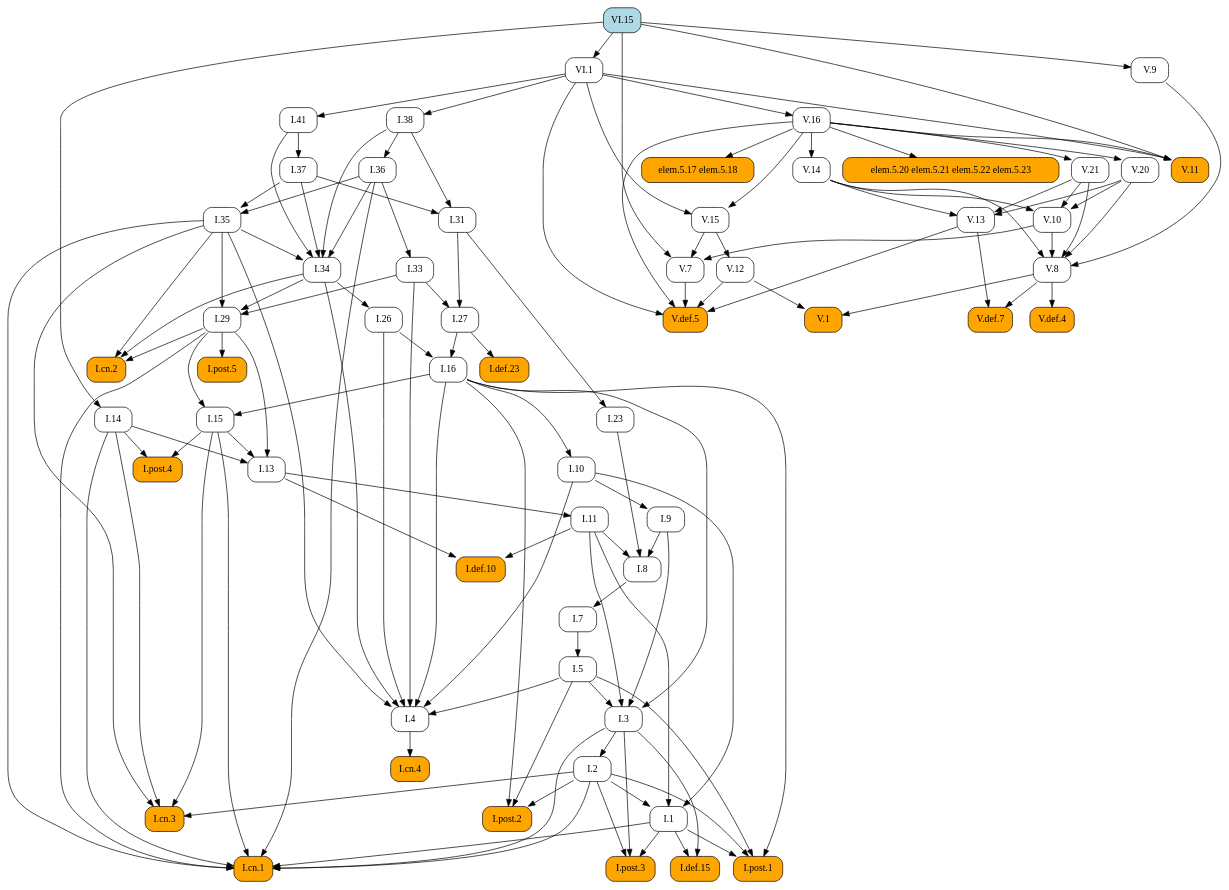
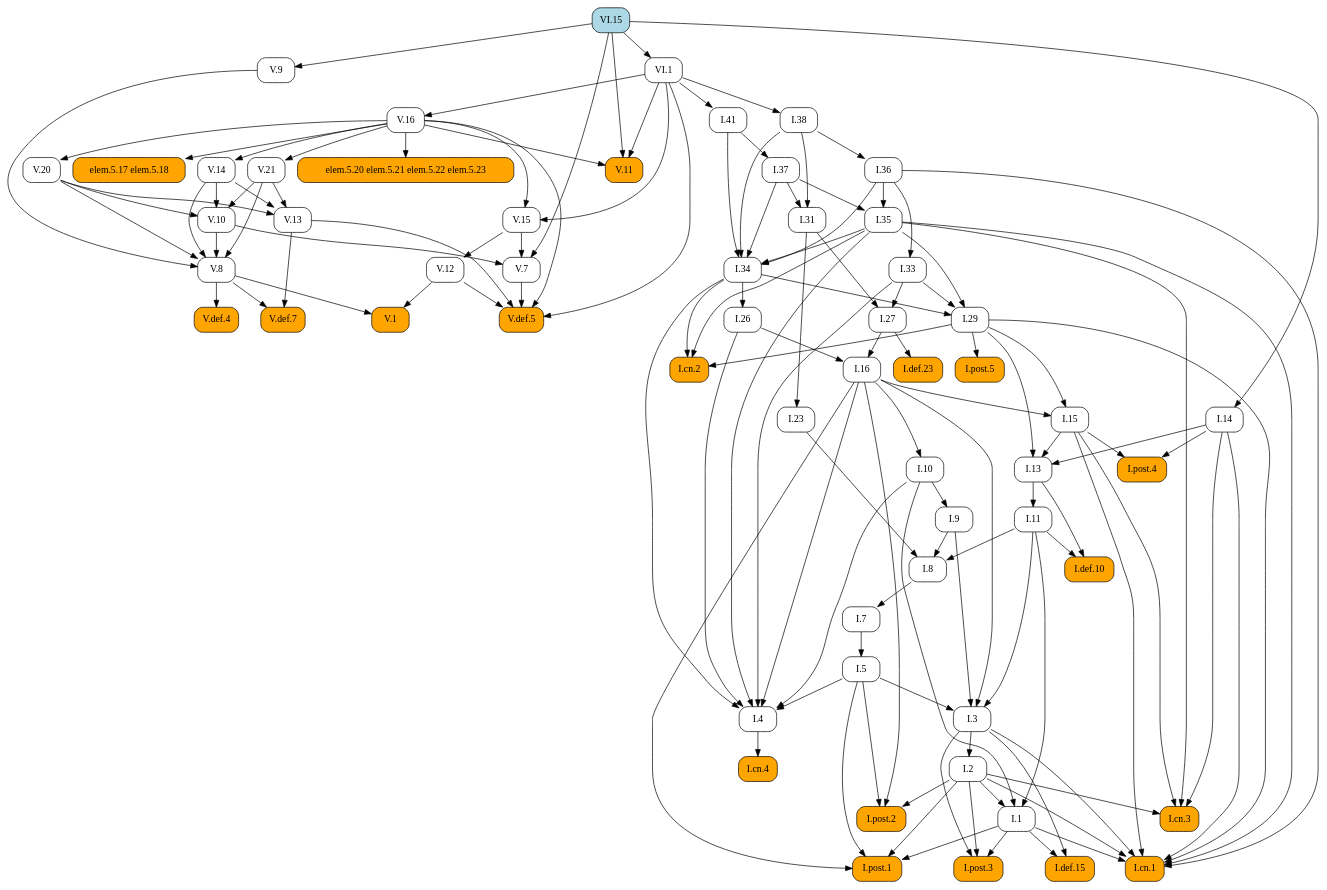
The diagram in docsrc/elements2/VI/15/index.rst (geometor/elements), drawn with Graphviz before and after one commit. The commit also changed other lines of this file and 409 other files, not shown here.

First line of the commit message:
feat: Add image cropping and graphic extraction script

```diff
--- a/docsrc/elements2/VI/15/index.rst
+++ b/docsrc/elements2/VI/15/index.rst
@@ -56,137 +56,91 @@
    digraph {
      rankdir="TB";
      node [shape=box, style=rounded];
+     "I.37" [URL="/elements2/I/37/", target="_top"];
+     "V.21" [URL="/elements2/V/21/", target="_top"];
+     "I.31" [URL="/elements2/I/31/", target="_top"];
+     "I.cn.2" [style="rounded,filled", fillcolor=orange, URL="/elements2/I/cn.2/", target="_top"];
+     "I.41" [URL="/elements2/I/41/", target="_top"];
+     "I.8" [URL="/elements2/I/8/", target="_top"];
+     "V.10" [URL="/elements2/V/10/", target="_top"];
+     "V.8" [URL="/elements2/V/8/", target="_top"];
+     "VI.1" [URL="/elements2/VI/1/", target="_top"];
+     "I.15" [URL="/elements2/I/15/", target="_top"];
+     "I.5" [URL="/elements2/I/5/", target="_top"];
+     "V.def.7" [style="rounded,filled", fillcolor=orange, URL="/elements2/V/def.7/", target="_top"];
+     "V.12" [URL="/elements2/V/12/", target="_top"];
+     "I.26" [URL="/elements2/I/26/", target="_top"];
+     "I.cn.1" [style="rounded,filled", fillcolor=orange, URL="/elements2/I/cn.1/", target="_top"];
+     "elem.5.20 elem.5.21 elem.5.22 elem.5.23" [style="rounded,filled", fillcolor=orange];
+     "I.7" [URL="/elements2/I/7/", target="_top"];
+     "V.def.5" [style="rounded,filled", fillcolor=orange, URL="/elements2/V/def.5/", target="_top"];
+     "I.23" [URL="/elements2/I/23/", target="_top"];
+     "VI.15" [style="rounded,filled", fillcolor=lightblue, URL="/elements2/VI/15/", target="_top"];
+     "I.16" [URL="/elements2/I/16/", target="_top"];
+     "V.9" [URL="/elements2/V/9/", target="_top"];
+     "I.34" [URL="/elements2/I/34/", target="_top"];
+     "I.35" [URL="/elements2/I/35/", target="_top"];
+     "I.33" [URL="/elements2/I/33/", target="_top"];
+     "V.15" [URL="/elements2/V/15/", target="_top"];
+     "V.14" [URL="/elements2/V/14/", target="_top"];
+     "elem.5.17 elem.5.18" [style="rounded,filled", fillcolor=orange];
+     "I.def.15" [style="rounded,filled", fillcolor=orange, URL="/elements2/I/def.15/", target="_top"];
+     "I.38" [URL="/elements2/I/38/", target="_top"];
+     "I.def.10" [style="rounded,filled", fillcolor=orange, URL="/elements2/I/def.10/", target="_top"];
+     "I.11" [URL="/elements2/I/11/", target="_top"];
      "V.20" [URL="/elements2/V/20/", target="_top"];
-     "I.8" [URL="/elements2/I/8/", target="_top"];
-     "VI.15" [style="rounded,filled", fillcolor=lightblue, URL="/elements2/VI/15/", target="_top"];
+     "V.16" [URL="/elements2/V/16/", target="_top"];
+     "I.def.23" [style="rounded,filled", fillcolor=orange, URL="/elements2/I/def.23/", target="_top"];
+     "I.post.5" [style="rounded,filled", fillcolor=orange, URL="/elements2/I/post.5/", target="_top"];
+     "I.3" [URL="/elements2/I/3/", target="_top"];
+     "I.14" [URL="/elements2/I/14/", target="_top"];
+     "I.10" [URL="/elements2/I/10/", target="_top"];
+     "V.11" [style="rounded,filled", fillcolor=orange, URL="/elements2/V/11/", target="_top"];
+     "I.cn.3" [style="rounded,filled", fillcolor=orange, URL="/elements2/I/cn.3/", target="_top"];
+     "I.13" [URL="/elements2/I/13/", target="_top"];
+     "I.4" [URL="/elements2/I/4/", target="_top"];
+     "I.post.3" [style="rounded,filled", fillcolor=orange, URL="/elements2/I/post.3/", target="_top"];
+     "I.9" [URL="/elements2/I/9/", target="_top"];
+     "I.29" [URL="/elements2/I/29/", target="_top"];
      "I.36" [URL="/elements2/I/36/", target="_top"];
-     "V.def.5" [style="rounded,filled", fillcolor=orange, URL="/elements2/V/def.5/", target="_top"];
+     "V.13" [URL="/elements2/V/13/", target="_top"];
+     "I.post.1" [style="rounded,filled", fillcolor=orange, URL="/elements2/I/post.1/", target="_top"];
+     "I.2" [URL="/elements2/I/2/", target="_top"];
      "V.def.4" [style="rounded,filled", fillcolor=orange, URL="/elements2/V/def.4/", target="_top"];
-     "I.14" [URL="/elements2/I/14/", target="_top"];
-     "I.post.1" [style="rounded,filled", fillcolor=orange, URL="/elements2/I/post.1/", target="_top"];
-     "I.33" [URL="/elements2/I/33/", target="_top"];
-     "I.5" [URL="/elements2/I/5/", target="_top"];
-     "I.38" [URL="/elements2/I/38/", target="_top"];
-     "elem.5.17 elem.5.18" [style="rounded,filled", fillcolor=orange];
-     "VI.1" [URL="/elements2/VI/1/", target="_top"];
-     "V.11" [style="rounded,filled", fillcolor=orange, URL="/elements2/V/11/", target="_top"];
-     "I.def.10" [style="rounded,filled", fillcolor=orange, URL="/elements2/I/def.10/", target="_top"];
-     "V.13" [URL="/elements2/V/13/", target="_top"];
-     "I.post.5" [style="rounded,filled", fillcolor=orange, URL="/elements2/I/post.5/", target="_top"];
-     "I.cn.2" [style="rounded,filled", fillcolor=orange, URL="/elements2/I/cn.2/", target="_top"];
-     "V.9" [URL="/elements2/V/9/", target="_top"];
-     "V.16" [URL="/elements2/V/16/", target="_top"];
-     "I.def.15" [style="rounded,filled", fillcolor=orange, URL="/elements2/I/def.15/", target="_top"];
-     "V.15" [URL="/elements2/V/15/", target="_top"];
-     "I.31" [URL="/elements2/I/31/", target="_top"];
-     "I.11" [URL="/elements2/I/11/", target="_top"];
-     "I.3" [URL="/elements2/I/3/", target="_top"];
-     "I.def.23" [style="rounded,filled", fillcolor=orange, URL="/elements2/I/def.23/", target="_top"];
+     "I.27" [URL="/elements2/I/27/", target="_top"];
+     "V.1" [style="rounded,filled", fillcolor=orange, URL="/elements2/V/1/", target="_top"];
+     "I.1" [URL="/elements2/I/1/", target="_top"];
+     "I.post.4" [style="rounded,filled", fillcolor=orange, URL="/elements2/I/post.4/", target="_top"];
+     "V.7" [URL="/elements2/V/7/", target="_top"];
+     "I.cn.4" [style="rounded,filled", fillcolor=orange, URL="/elements2/I/cn.4/", target="_top"];
      "I.post.2" [style="rounded,filled", fillcolor=orange, URL="/elements2/I/post.2/", target="_top"];
-     "I.26" [URL="/elements2/I/26/", target="_top"];
-     "V.14" [URL="/elements2/V/14/", target="_top"];
-     "V.10" [URL="/elements2/V/10/", target="_top"];
-     "I.cn.3" [style="rounded,filled", fillcolor=orange, URL="/elements2/I/cn.3/", target="_top"];
-     "I.1" [URL="/elements2/I/1/", target="_top"];
-     "I.cn.4" [style="rounded,filled", fillcolor=orange, URL="/elements2/I/cn.4/", target="_top"];
-     "I.23" [URL="/elements2/I/23/", target="_top"];
-     "I.7" [URL="/elements2/I/7/", target="_top"];
-     "I.9" [URL="/elements2/I/9/", target="_top"];
-     "I.16" [URL="/elements2/I/16/", target="_top"];
-     "V.1" [style="rounded,filled", fillcolor=orange, URL="/elements2/V/1/", target="_top"];
-     "V.7" [URL="/elements2/V/7/", target="_top"];
-     "I.cn.1" [style="rounded,filled", fillcolor=orange, URL="/elements2/I/cn.1/", target="_top"];
-     "I.post.4" [style="rounded,filled", fillcolor=orange, URL="/elements2/I/post.4/", target="_top"];
-     "V.12" [URL="/elements2/V/12/", target="_top"];
-     "I.13" [URL="/elements2/I/13/", target="_top"];
-     "V.21" [URL="/elements2/V/21/", target="_top"];
-     "elem.5.20 elem.5.21 elem.5.22 elem.5.23" [style="rounded,filled", fillcolor=orange];
-     "I.41" [URL="/elements2/I/41/", target="_top"];
-     "I.29" [URL="/elements2/I/29/", target="_top"];
-     "I.35" [URL="/elements2/I/35/", target="_top"];
-     "I.2" [URL="/elements2/I/2/", target="_top"];
-     "I.37" [URL="/elements2/I/37/", target="_top"];
-     "I.27" [URL="/elements2/I/27/", target="_top"];
-     "I.4" [URL="/elements2/I/4/", target="_top"];
-     "V.8" [URL="/elements2/V/8/", target="_top"];
-     "I.10" [URL="/elements2/I/10/", target="_top"];
-     "I.15" [URL="/elements2/I/15/", target="_top"];
-     "I.34" [URL="/elements2/I/34/", target="_top"];
-     "V.def.7" [style="rounded,filled", fillcolor=orange, URL="/elements2/V/def.7/", target="_top"];
-     "I.post.3" [style="rounded,filled", fillcolor=orange, URL="/elements2/I/post.3/", target="_top"];
-     "V.16" -> "V.20";
+     "I.41" -> "I.37";
+     "V.16" -> "V.21";
+     "I.37" -> "I.31";
+     "I.38" -> "I.31";
+     "I.29" -> "I.cn.2";
+     "I.34" -> "I.cn.2";
+     "I.35" -> "I.cn.2";
+     "VI.1" -> "I.41";
      "I.9" -> "I.8";
      "I.11" -> "I.8";
      "I.23" -> "I.8";
-     "I.38" -> "I.36";
-     "V.7" -> "V.def.5";
-     "V.12" -> "V.def.5";
-     "V.13" -> "V.def.5";
-     "V.16" -> "V.def.5";
-     "VI.1" -> "V.def.5";
-     "V.8" -> "V.def.4";
-     "VI.15" -> "I.14";
-     "I.1" -> "I.post.1";
-     "I.2" -> "I.post.1";
-     "I.5" -> "I.post.1";
-     "I.16" -> "I.post.1";
-     "I.36" -> "I.33";
-     "I.7" -> "I.5";
-     "VI.1" -> "I.38";
-     "V.16" -> "elem.5.17 elem.5.18";
-     "VI.15" -> "VI.1";
-     "V.16" -> "V.11";
-     "VI.1" -> "V.11";
-     "VI.15" -> "V.11";
-     "I.11" -> "I.def.10";
-     "I.13" -> "I.def.10";
-     "V.14" -> "V.13";
-     "V.20" -> "V.13";
-     "V.21" -> "V.13";
-     "I.29" -> "I.post.5";
-     "I.29" -> "I.cn.2";
-     "I.34" -> "I.cn.2";
-     "I.35" -> "I.cn.2";
-     "VI.15" -> "V.9";
-     "VI.1" -> "V.16";
-     "I.1" -> "I.def.15";
-     "I.3" -> "I.def.15";
-     "V.16" -> "V.15";
-     "VI.1" -> "V.15";
-     "I.37" -> "I.31";
-     "I.38" -> "I.31";
-     "I.13" -> "I.11";
-     "I.5" -> "I.3";
-     "I.9" -> "I.3";
-     "I.11" -> "I.3";
-     "I.16" -> "I.3";
-     "I.27" -> "I.def.23";
-     "I.2" -> "I.post.2";
-     "I.5" -> "I.post.2";
-     "I.16" -> "I.post.2";
-     "I.34" -> "I.26";
-     "V.16" -> "V.14";
      "V.14" -> "V.10";
      "V.20" -> "V.10";
      "V.21" -> "V.10";
-     "I.2" -> "I.cn.3";
-     "I.14" -> "I.cn.3";
-     "I.15" -> "I.cn.3";
-     "I.35" -> "I.cn.3";
-     "I.2" -> "I.1";
-     "I.10" -> "I.1";
-     "I.11" -> "I.1";
-     "I.4" -> "I.cn.4";
-     "I.31" -> "I.23";
-     "I.8" -> "I.7";
-     "I.10" -> "I.9";
-     "I.26" -> "I.16";
-     "I.27" -> "I.16";
-     "V.8" -> "V.1";
-     "V.12" -> "V.1";
-     "V.10" -> "V.7";
-     "V.15" -> "V.7";
-     "VI.15" -> "V.7";
+     "V.9" -> "V.8";
+     "V.10" -> "V.8";
+     "V.14" -> "V.8";
+     "V.20" -> "V.8";
+     "V.21" -> "V.8";
+     "VI.15" -> "VI.1";
+     "I.16" -> "I.15";
+     "I.29" -> "I.15";
+     "I.7" -> "I.5";
+     "V.8" -> "V.def.7";
+     "V.13" -> "V.def.7";
+     "V.15" -> "V.12";
+     "I.34" -> "I.26";
      "I.1" -> "I.cn.1";
      "I.2" -> "I.cn.1";
      "I.3" -> "I.cn.1";
@@ -195,24 +149,55 @@
      "I.29" -> "I.cn.1";
      "I.35" -> "I.cn.1";
      "I.36" -> "I.cn.1";
-     "I.14" -> "I.post.4";
-     "I.15" -> "I.post.4";
-     "V.15" -> "V.12";
+     "V.16" -> "elem.5.20 elem.5.21 elem.5.22 elem.5.23";
+     "I.8" -> "I.7";
+     "V.7" -> "V.def.5";
+     "V.12" -> "V.def.5";
+     "V.13" -> "V.def.5";
+     "V.16" -> "V.def.5";
+     "VI.1" -> "V.def.5";
+     "I.31" -> "I.23";
+     "I.26" -> "I.16";
+     "I.27" -> "I.16";
+     "VI.15" -> "V.9";
+     "I.35" -> "I.34";
+     "I.36" -> "I.34";
+     "I.37" -> "I.34";
+     "I.38" -> "I.34";
+     "I.41" -> "I.34";
+     "I.36" -> "I.35";
+     "I.37" -> "I.35";
+     "I.36" -> "I.33";
+     "V.16" -> "V.15";
+     "VI.1" -> "V.15";
+     "V.16" -> "V.14";
+     "V.16" -> "elem.5.17 elem.5.18";
+     "I.1" -> "I.def.15";
+     "I.3" -> "I.def.15";
+     "VI.1" -> "I.38";
+     "I.11" -> "I.def.10";
+     "I.13" -> "I.def.10";
+     "I.13" -> "I.11";
+     "V.16" -> "V.20";
+     "VI.1" -> "V.16";
+     "I.27" -> "I.def.23";
+     "I.29" -> "I.post.5";
+     "I.5" -> "I.3";
+     "I.9" -> "I.3";
+     "I.11" -> "I.3";
+     "I.16" -> "I.3";
+     "VI.15" -> "I.14";
+     "I.16" -> "I.10";
+     "V.16" -> "V.11";
+     "VI.1" -> "V.11";
+     "VI.15" -> "V.11";
+     "I.2" -> "I.cn.3";
+     "I.14" -> "I.cn.3";
+     "I.15" -> "I.cn.3";
+     "I.35" -> "I.cn.3";
      "I.14" -> "I.13";
      "I.15" -> "I.13";
      "I.29" -> "I.13";
-     "V.16" -> "V.21";
-     "V.16" -> "elem.5.20 elem.5.21 elem.5.22 elem.5.23";
-     "VI.1" -> "I.41";
-     "I.33" -> "I.29";
-     "I.34" -> "I.29";
-     "I.35" -> "I.29";
-     "I.36" -> "I.35";
-     "I.37" -> "I.35";
-     "I.3" -> "I.2";
-     "I.41" -> "I.37";
-     "I.31" -> "I.27";
-     "I.33" -> "I.27";
      "I.5" -> "I.4";
      "I.10" -> "I.4";
      "I.16" -> "I.4";
@@ -220,22 +205,37 @@
      "I.33" -> "I.4";
      "I.34" -> "I.4";
      "I.35" -> "I.4";
-     "V.9" -> "V.8";
-     "V.10" -> "V.8";
-     "V.14" -> "V.8";
-     "V.20" -> "V.8";
-     "V.21" -> "V.8";
-     "I.16" -> "I.10";
-     "I.16" -> "I.15";
-     "I.29" -> "I.15";
-     "I.35" -> "I.34";
-     "I.36" -> "I.34";
-     "I.37" -> "I.34";
-     "I.38" -> "I.34";
-     "I.41" -> "I.34";
-     "V.8" -> "V.def.7";
-     "V.13" -> "V.def.7";
      "I.1" -> "I.post.3";
      "I.2" -> "I.post.3";
      "I.3" -> "I.post.3";
+     "I.10" -> "I.9";
+     "I.33" -> "I.29";
+     "I.34" -> "I.29";
+     "I.35" -> "I.29";
+     "I.38" -> "I.36";
+     "V.14" -> "V.13";
+     "V.20" -> "V.13";
+     "V.21" -> "V.13";
+     "I.1" -> "I.post.1";
+     "I.2" -> "I.post.1";
+     "I.5" -> "I.post.1";
+     "I.16" -> "I.post.1";
+     "I.3" -> "I.2";
+     "V.8" -> "V.def.4";
+     "I.31" -> "I.27";
+     "I.33" -> "I.27";
+     "V.8" -> "V.1";
+     "V.12" -> "V.1";
+     "I.2" -> "I.1";
+     "I.10" -> "I.1";
+     "I.11" -> "I.1";
+     "I.14" -> "I.post.4";
+     "I.15" -> "I.post.4";
+     "V.10" -> "V.7";
+     "V.15" -> "V.7";
+     "VI.15" -> "V.7";
+     "I.4" -> "I.cn.4";
+     "I.2" -> "I.post.2";
+     "I.5" -> "I.post.2";
+     "I.16" -> "I.post.2";
    }
```
